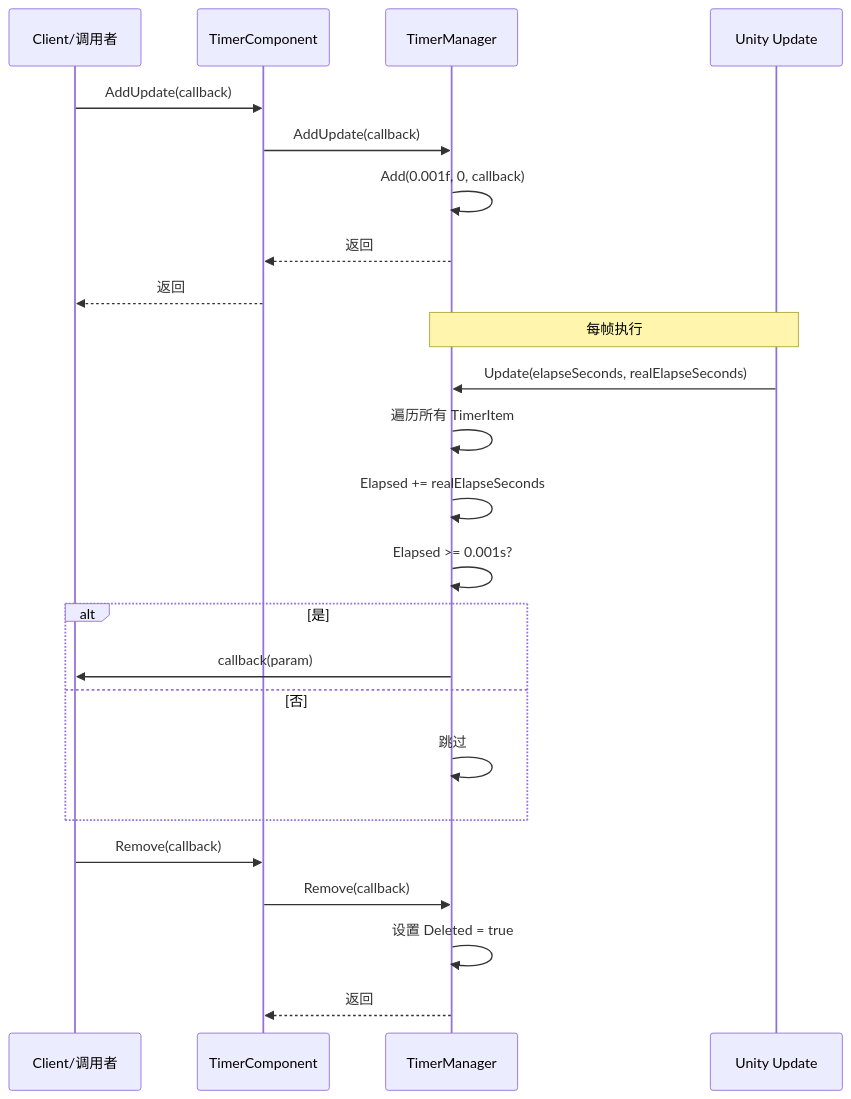
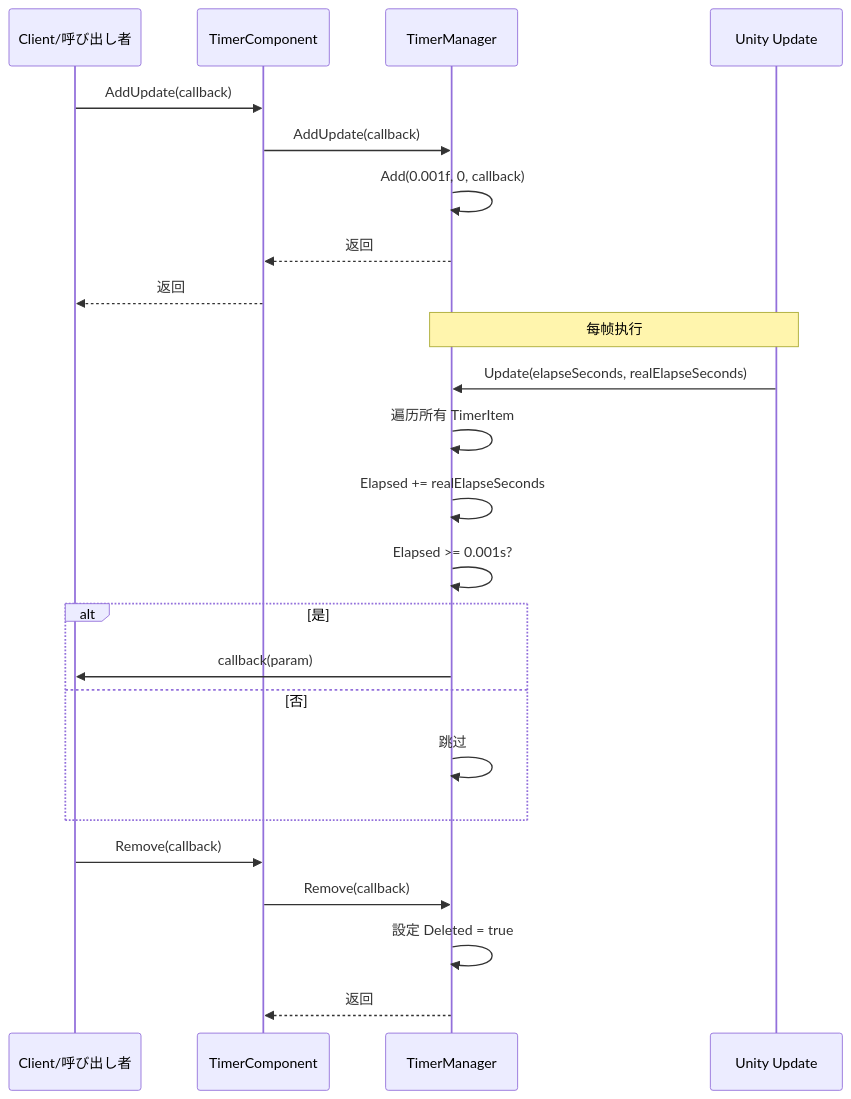
The second of 2 diagrams in docs/ja/client/unity/component/timer/10.add-update.md (AlianBlank/GameFrameX.Docs), drawn with Mermaid before and after one commit. The commit also changed other lines of this file and 603 other files, not shown here.

````diff
--- a/docs/ja/client/unity/component/timer/10.add-update.md
+++ b/docs/ja/client/unity/component/timer/10.add-update.md
@@ -78,29 +78,29 @@
 ```mermaid
 sequenceDiagram
-    participant C as Client/调用者
+    participant C as Client/呼び出し者
     participant TC as TimerComponent
     participant TM as TimerManager
     participant U as Unity Update
 
     C->>TC: AddUpdate(callback)
     TC->>TM: AddUpdate(callback)
     TM->>TM: Add(0.001f, 0, callback)
     TM-->>TC: 返回
     TC-->>C: 返回
     
     Note over TM,U: 每帧执行
     U->>TM: Update(elapseSeconds, realElapseSeconds)
     TM->>TM: 遍历所有 TimerItem
     TM->>TM: Elapsed += realElapseSeconds
     TM->>TM: Elapsed >= 0.001s?
     alt 是
         TM->>C: callback(param)
     else 否
         TM->>TM: 跳过
     end
     
     C->>TC: Remove(callback)
     TC->>TM: Remove(callback)
-    TM->>TM: 设置 Deleted = true
+    TM->>TM: 設定 Deleted = true
     TM-->>TC: 返回
 ```
````
